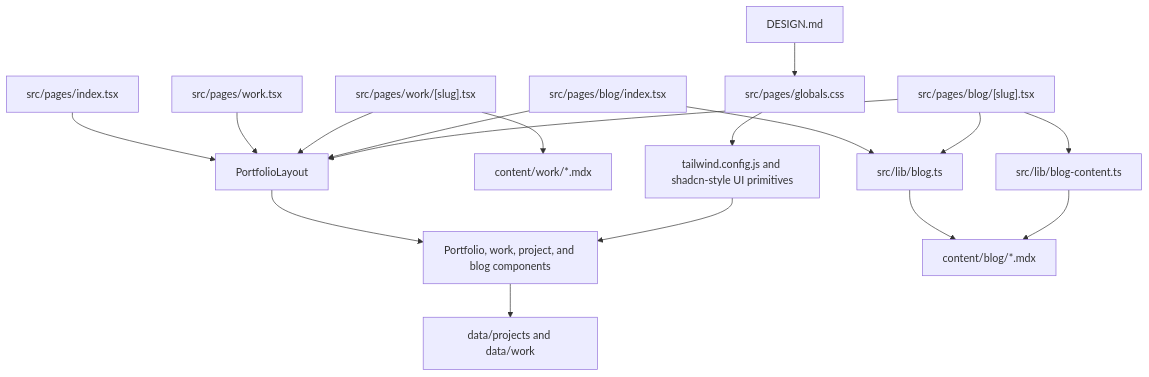
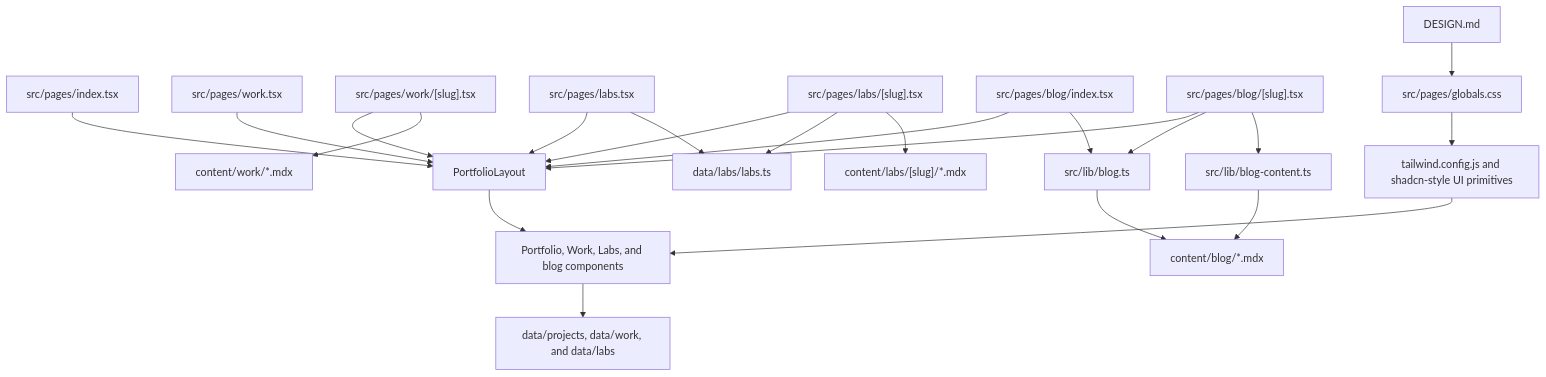
The diagram in docs/architecture.md (rckbrcls/portifolio), drawn with Mermaid before and after one commit. The commit also changed other lines of this file and 22 other files, not shown here.

````diff
--- a/docs/architecture.md
+++ b/docs/architecture.md
@@ -7,21 +7,26 @@
 ```mermaid
 flowchart TD
   A["src/pages/index.tsx"] --> S["PortfolioLayout"]
   W["src/pages/work.tsx"] --> S
   WD["src/pages/work/[slug].tsx"] --> S
+  LA["src/pages/labs.tsx"] --> S
+  LD["src/pages/labs/[slug].tsx"] --> S
   B["src/pages/blog/index.tsx"] --> S
   P["src/pages/blog/[slug].tsx"] --> S
 
-  S --> C["Portfolio, work, project, and blog components"]
-  C --> D["data/projects and data/work"]
+  S --> C["Portfolio, Work, Labs, and blog components"]
+  C --> D["data/projects, data/work, and data/labs"]
   WD --> WS["content/work/*.mdx"]
+  LA --> LC["data/labs/labs.ts"]
+  LD --> LC
+  LD --> LM["content/labs/[slug]/*.mdx"]
   B --> L["src/lib/blog.ts"]
   P --> L
   L --> M["content/blog/*.mdx"]
   P --> R["src/lib/blog-content.ts"]
   R --> M
 
   T["DESIGN.md"] --> G["src/pages/globals.css"]
   G --> X["tailwind.config.js and shadcn-style UI primitives"]
   X --> C
 ```
````
